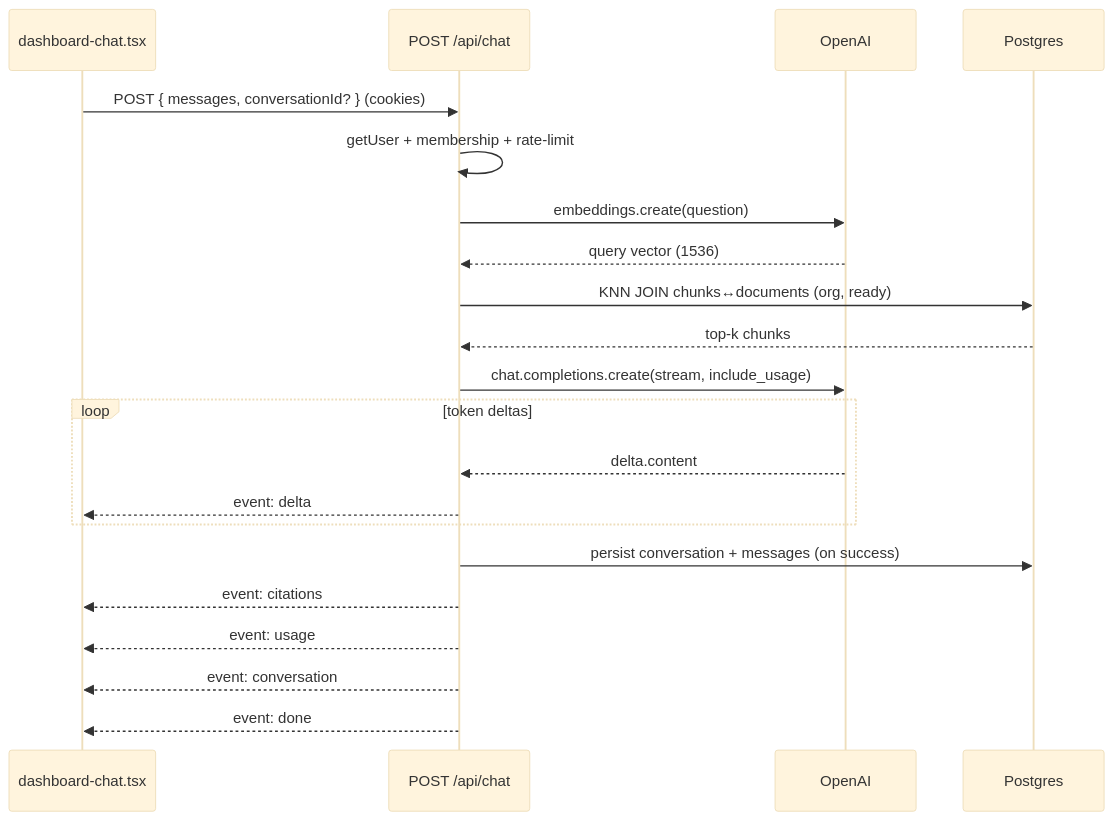
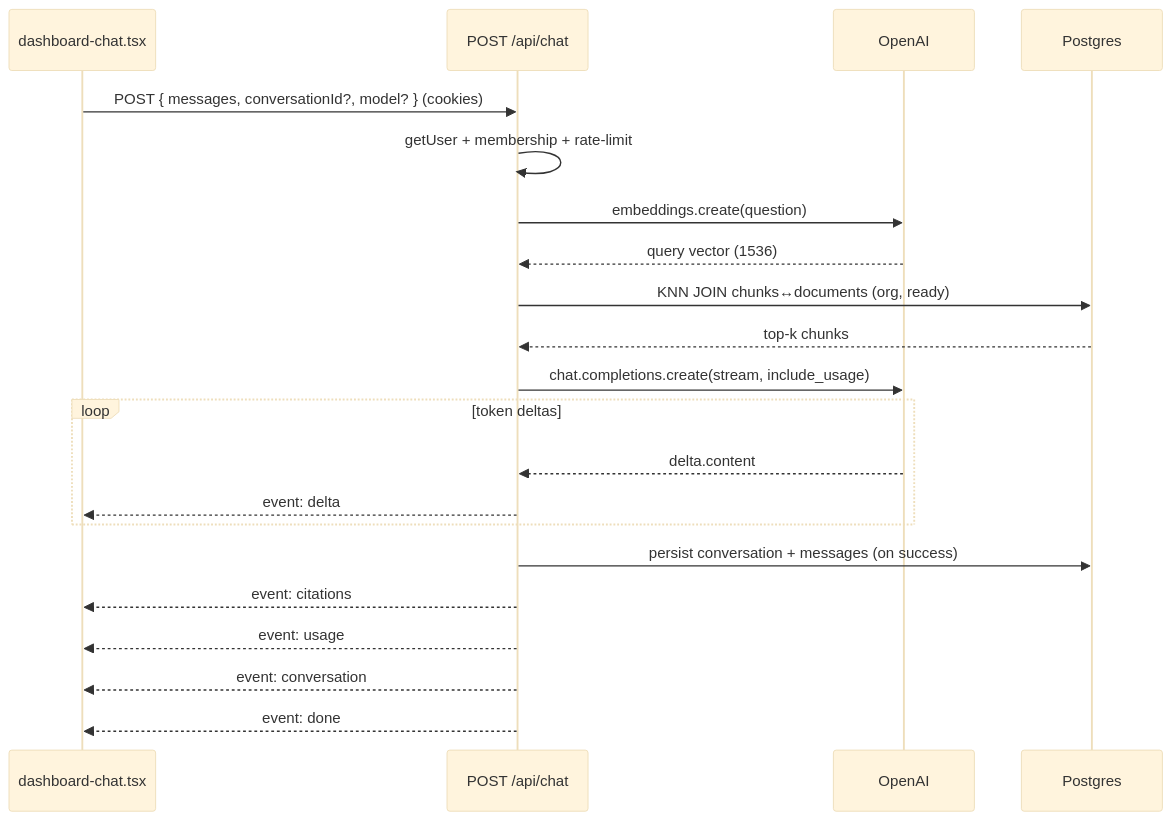
One commit to parmeet1402/ai-workflow-platform changed the second of 3 diagrams in docs/ai-chat.md. Above: the diagram before and after it, drawn with Mermaid. The commit also changed other lines of this file and 2 other files, not shown here.

Commit message:
fix: enable users to select chat model

````diff
--- a/docs/ai-chat.md
+++ b/docs/ai-chat.md
@@ -117,31 +118,31 @@
 ```mermaid
 %%{init: {
   "theme": "base",
   "themeVariables": {
     "fontFamily": "ui-sans-serif, system-ui, sans-serif",
     "lineColor": "#64748b"
   }
 }}%%
 sequenceDiagram
   participant UI as dashboard-chat.tsx
   participant API as POST /api/chat
   participant OAI as OpenAI
   participant PG as Postgres
 
-  UI->>API: POST { messages, conversationId? } (cookies)
+  UI->>API: POST { messages, conversationId?, model? } (cookies)
   API->>API: getUser + membership + rate-limit
   API->>OAI: embeddings.create(question)
   OAI-->>API: query vector (1536)
   API->>PG: KNN JOIN chunks↔documents (org, ready)
   PG-->>API: top-k chunks
   API->>OAI: chat.completions.create(stream, include_usage)
   loop token deltas
     OAI-->>API: delta.content
     API-->>UI: event: delta
   end
   API->>PG: persist conversation + messages (on success)
   API-->>UI: event: citations
   API-->>UI: event: usage
   API-->>UI: event: conversation
   API-->>UI: event: done
 ```
````
